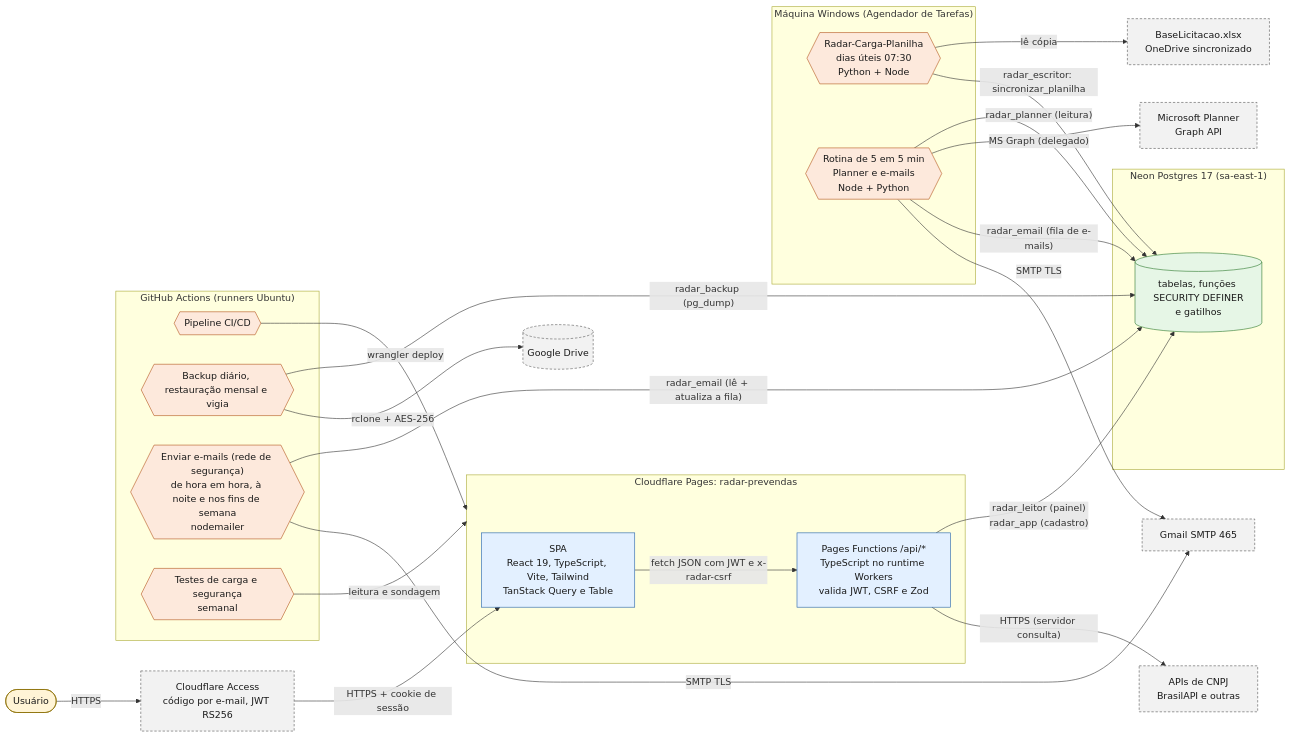
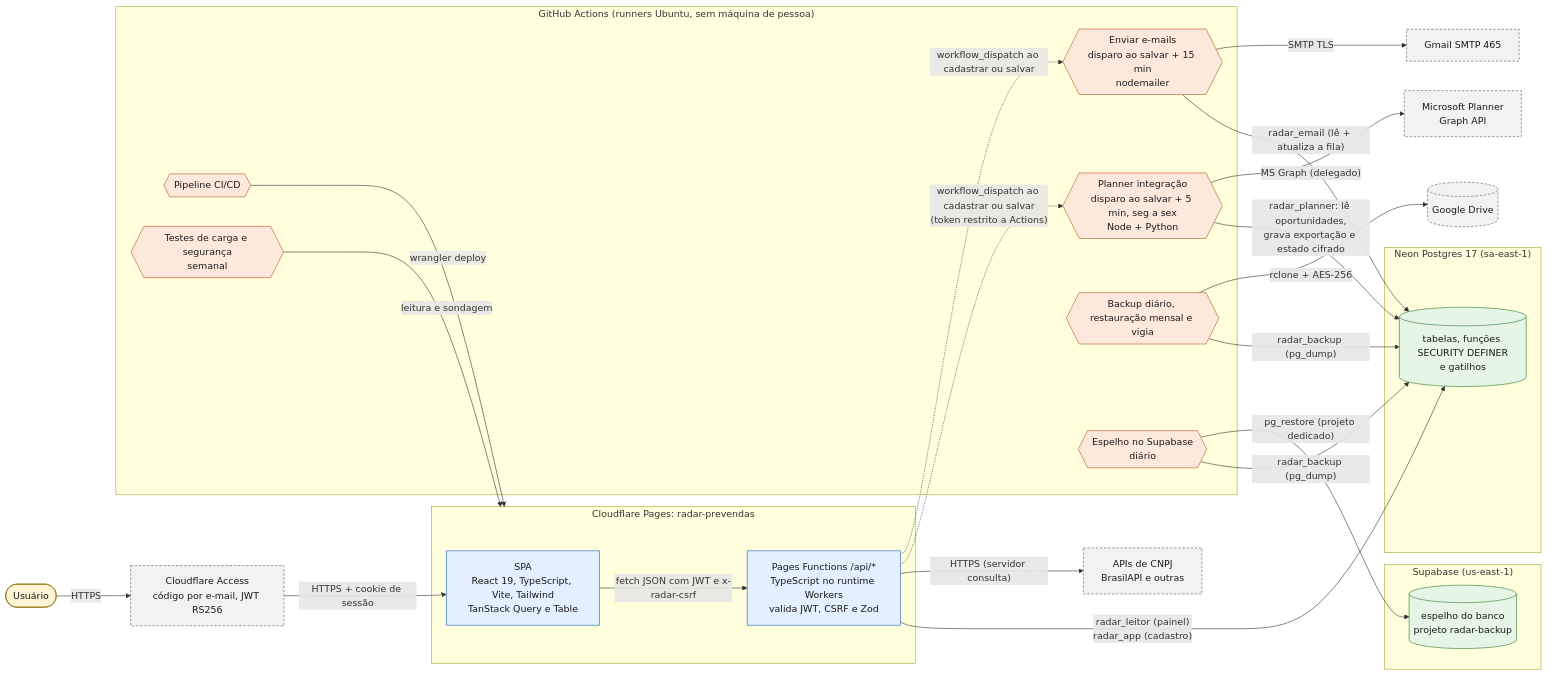
Before and after one commit to agentanalisedegoverno-svg/dashboard-metrics-team: the third of 22 diagrams in docs/DIAGRAMAS.md, drawn with Mermaid. The commit also changed other lines of this file and 23 other files, not shown here.

Commit message:
docs: atualizar arquitetura, diagramas (D1 a D19, SVG) e documentos ao estado de 28/10/2026

````diff
--- a/docs/DIAGRAMAS.md
+++ b/docs/DIAGRAMAS.md
@@ -96,55 +98,55 @@
 ```mermaid
 flowchart LR
   classDef pessoa fill:#fff4d6,stroke:#8a6d00,color:#1a1a1a
   classDef interno fill:#e3f0ff,stroke:#1f5fa8,color:#1a1a1a
   classDef externo fill:#f2f2f2,stroke:#555555,stroke-dasharray:4 3,color:#1a1a1a
   classDef dados fill:#e6f6e6,stroke:#2d7a2d,color:#1a1a1a
   classDef agenda fill:#fde9dc,stroke:#b4561d,color:#1a1a1a
 
   U(["Usuário"]):::pessoa
   ACC["Cloudflare Access<br/>código por e-mail, JWT RS256"]:::externo
 
   subgraph cf["Cloudflare Pages: radar-prevendas"]
     SPA["SPA<br/>React 19, TypeScript, Vite, Tailwind<br/>TanStack Query e Table"]:::interno
     API["Pages Functions /api/*<br/>TypeScript no runtime Workers<br/>valida JWT, CSRF e Zod"]:::interno
   end
 
   subgraph neon["Neon Postgres 17 (sa-east-1)"]
     DB[("tabelas, funções SECURITY DEFINER<br/>e gatilhos")]:::dados
   end
 
-  subgraph win["Máquina Windows (Agendador de Tarefas)"]
-    CARGA{{"Radar-Carga-Planilha<br/>dias úteis 07:30<br/>Python + Node"}}:::agenda
-    PLN{{"Rotina de 5 em 5 min<br/>Planner e e-mails<br/>Node + Python"}}:::agenda
-  end
-
-  subgraph gh["GitHub Actions (runners Ubuntu)"]
+  subgraph gh["GitHub Actions (runners Ubuntu, sem máquina de pessoa)"]
+    PLN{{"Planner integração<br/>disparo ao salvar + 5 min, seg a sex<br/>Node + Python"}}:::agenda
+    MAIL{{"Enviar e-mails<br/>disparo ao salvar + 15 min<br/>nodemailer"}}:::agenda
     WF{{"Pipeline CI/CD"}}:::agenda
     BKP{{"Backup diário, restauração mensal e vigia"}}:::agenda
-    MAIL{{"Enviar e-mails (rede de segurança)<br/>de hora em hora, à noite e nos fins de semana<br/>nodemailer"}}:::agenda
+    ESP{{"Espelho no Supabase<br/>diário"}}:::agenda
     NF{{"Testes de carga e segurança<br/>semanal"}}:::agenda
   end
 
-  XLS["BaseLicitacao.xlsx<br/>OneDrive sincronizado"]:::externo
+  subgraph sb["Supabase (us-east-1)"]
+    DB2[("espelho do banco<br/>projeto radar-backup")]:::dados
+  end
+
   PL["Microsoft Planner<br/>Graph API"]:::externo
   GM["Gmail SMTP 465"]:::externo
   RC["APIs de CNPJ<br/>BrasilAPI e outras"]:::externo
   DRV[("Google Drive")]:::externo
 
   U -->|"HTTPS"| ACC -->|"HTTPS + cookie de sessão"| SPA
   SPA -->|"fetch JSON com JWT e x-radar-csrf"| API
   API -->|"radar_leitor (painel)<br/>radar_app (cadastro)"| DB
   API -->|"HTTPS (servidor consulta)"| RC
-  CARGA -->|"lê cópia"| XLS
-  CARGA -->|"radar_escritor: sincronizar_planilha"| DB
-  PLN -->|"radar_planner (leitura)"| DB
+  API -.->|"workflow_dispatch ao cadastrar ou salvar<br/>(token restrito a Actions)"| PLN
+  API -.->|"workflow_dispatch ao cadastrar ou salvar"| MAIL
+  PLN -->|"radar_planner: lê oportunidades,<br/>grava exportação e estado cifrado"| DB
   PLN -->|"MS Graph (delegado)"| PL
-  PLN -->|"radar_email (fila de e-mails)"| DB
-  PLN -->|"SMTP TLS"| GM
   MAIL -->|"radar_email (lê + atualiza a fila)"| DB
   MAIL -->|"SMTP TLS"| GM
   BKP -->|"radar_backup (pg_dump)"| DB
   BKP -->|"rclone + AES-256"| DRV
+  ESP -->|"radar_backup (pg_dump)"| DB
+  ESP -->|"pg_restore (projeto dedicado)"| DB2
   WF -->|"wrangler deploy"| cf
   NF -->|"leitura e sondagem"| cf
 ```
````
